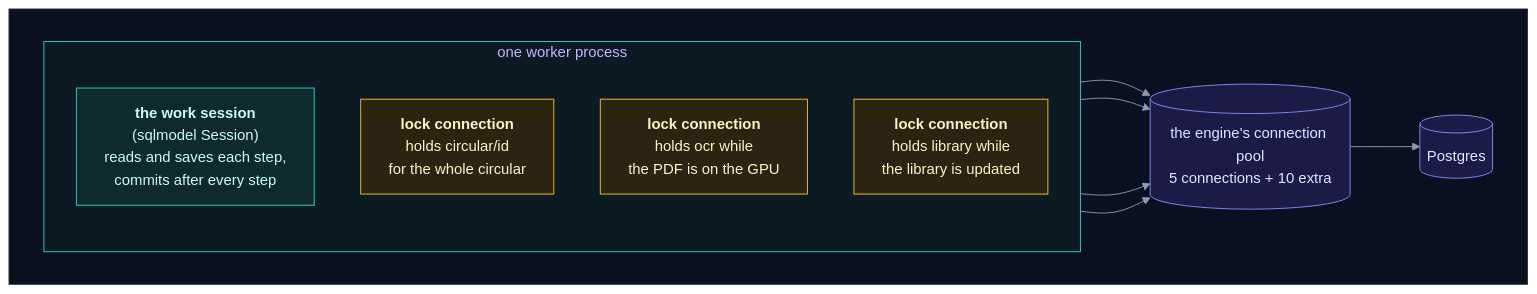
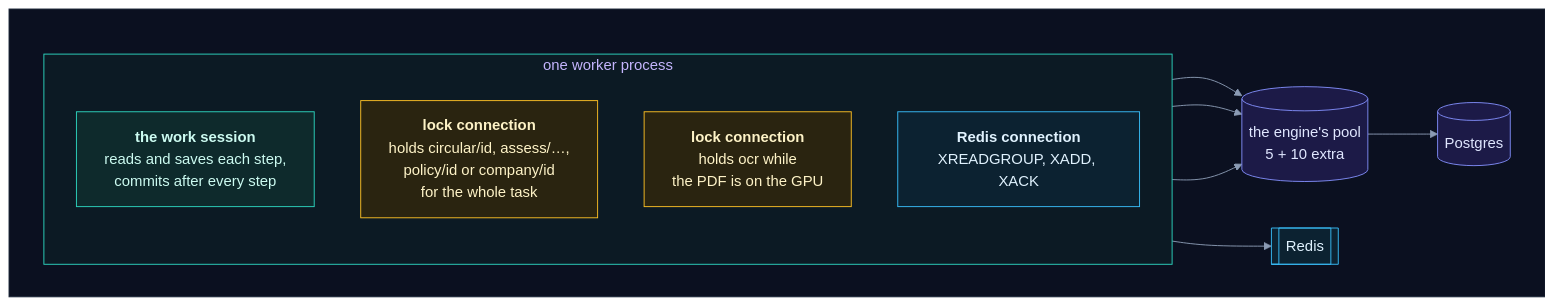
The ninth of 19 diagrams in backend/worker/INTERNALS.md (selvakumarperumal/Regulatory_Circular_Impact_Agent), drawn with Mermaid before and after one commit. The commit also changed other lines of this file and 8 other files, not shown here.

Commit message:
Document the task queue and multi-company design

````diff
--- a/backend/worker/INTERNALS.md
+++ b/backend/worker/INTERNALS.md
@@ -392,35 +468,38 @@
 ```mermaid
 %%{init: {"theme": "base", "flowchart": {"diagramPadding": 0}, "themeVariables": {"darkMode": true, "primaryColor": "#16213a", "primaryTextColor": "#e6edf7", "primaryBorderColor": "#475a7a", "lineColor": "#8b9bb4", "secondaryColor": "#1b2436", "tertiaryColor": "#101a2e", "edgeLabelBackground": "#0f172a", "textColor": "#e2e8f0", "clusterBkg": "#0f1728", "clusterBorder": "#2b3a55", "titleColor": "#c4b5fd", "nodeTextColor": "#e6edf7"}}}%%
 flowchart LR
     subgraph canvas[" "]
         direction LR
         subgraph proc["one worker process"]
             direction TB
-            sess["<b>the work session</b><br/>(sqlmodel Session)<br/>reads and saves each step,<br/>commits after every step"]
-            l1["<b>lock connection</b><br/>holds circular/id<br/>for the whole circular"]
+            sess["<b>the work session</b><br/>reads and saves each step,<br/>commits after every step"]
+            l1["<b>lock connection</b><br/>holds circular/id, assess/…,<br/>policy/id or company/id<br/>for the whole task"]
             l2["<b>lock connection</b><br/>holds ocr while<br/>the PDF is on the GPU"]
-            l3["<b>lock connection</b><br/>holds library while<br/>the library is updated"]
+            rc["<b>Redis connection</b><br/>XREADGROUP, XADD, XACK"]
         end
-        pool[("the engine's connection pool<br/>5 connections + 10 extra")]
+        pool[("the engine's pool<br/>5 + 10 extra")]
         PG[("Postgres")]
+        R[["Redis"]]
         sess --> pool
         l1 --> pool
         l2 --> pool
-        l3 --> pool
         pool --> PG
+        rc --> R
     end
     classDef svc fill:#0e2a2c,stroke:#2dd4bf,color:#ccfbf1
     classDef data fill:#1c1a47,stroke:#818cf8,color:#e0e7ff
     classDef ext fill:#2a1640,stroke:#c084fc,color:#f3e8ff
     classDef gpu fill:#2d1b0c,stroke:#fb923c,color:#ffedd5
     classDef ask fill:#2a2410,stroke:#fbbf24,color:#fef3c7
     classDef ok fill:#0b2a1c,stroke:#34d399,color:#d1fae5
     classDef bad fill:#2e0f17,stroke:#fb7185,color:#ffe4e6
     classDef start fill:#1c2a0e,stroke:#a7ef6f,color:#ecfccb
     classDef muted fill:#1a2130,stroke:#64748b,color:#cbd5e1
+    classDef queue fill:#0c2231,stroke:#38bdf8,color:#e0f2fe
     class sess svc
-    class l1,l2,l3 ask
+    class l1,l2 ask
+    class rc,R queue
     class pool,PG data
     style proc fill:#0c1a24,stroke:#2dd4bf
     style canvas fill:#0b1020,stroke:#1e293b,color:#0b1020
 ```
````
